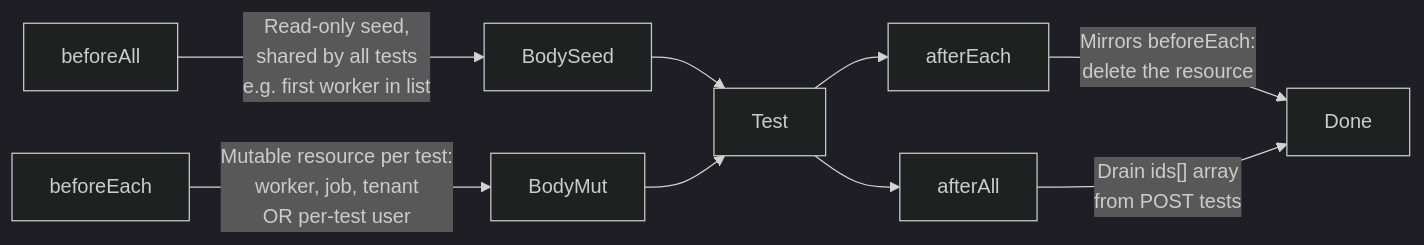
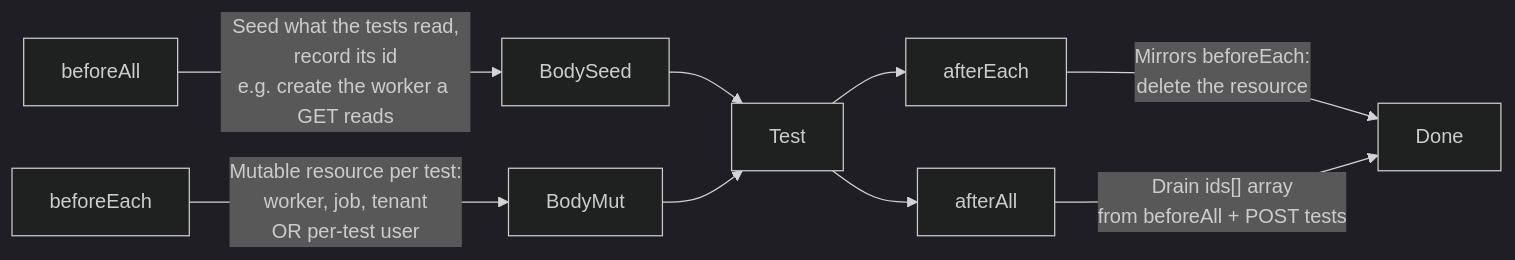
One commit to georgikazandzhiev-code/ai-native-qa-toolkit changed the second of 3 diagrams in .claude/skills/data-strategy/SKILL.md. Above: the diagram before and after it, drawn with Mermaid (dark theme). The commit also changed other lines of this file and 4 other files, not shown here.

First line of the commit message:
fix(skills): test data — seed what a test reads instead of borrowing it; one email generator

````diff
--- a/.claude/skills/data-strategy/SKILL.md
+++ b/.claude/skills/data-strategy/SKILL.md
@@ -174,11 +174,11 @@
 ```mermaid
 flowchart LR
-    BA[beforeAll] -->|"Read-only seed,<br/>shared by all tests<br/>e.g. first worker in list"| BodySeed
+    BA[beforeAll] -->|"Seed what the tests read,<br/>record its id<br/>e.g. create the worker a GET reads"| BodySeed
     BE[beforeEach] -->|"Mutable resource per test:<br/>worker, job, tenant<br/>OR per-test user"| BodyMut
     BodySeed --> Test
     BodyMut --> Test
     Test --> AE[afterEach]
     Test --> AA[afterAll]
     AE -->|"Mirrors beforeEach:<br/>delete the resource"| Done
-    AA -->|"Drain ids[] array<br/>from POST tests"| Done
+    AA -->|"Drain ids[] array<br/>from beforeAll + POST tests"| Done
 ```
````
